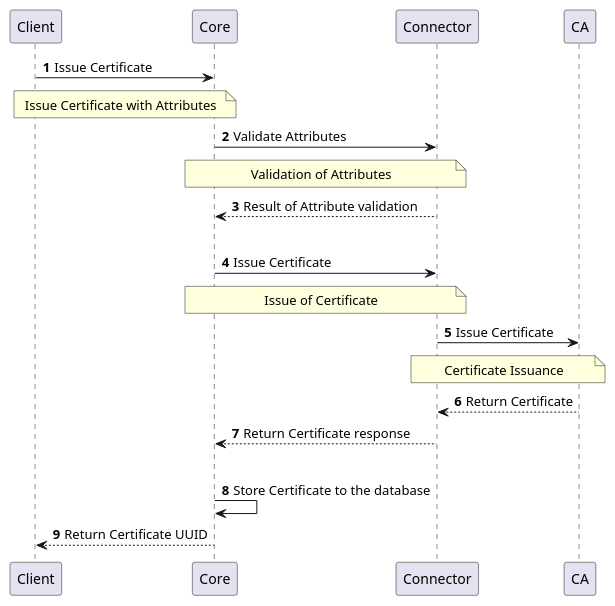
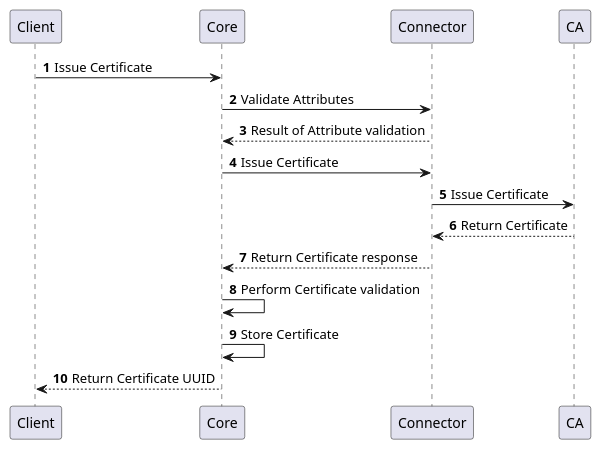
The fifth of 7 diagrams in docs/12-connectors/05-description/25-authority-provider-v2.md (CZERTAINLY/CZERTAINLY-Documentation), drawn with PlantUML before and after one commit. The commit also changed other lines of this file and 8 other files, not shown here.

First line of the commit message:
Update description of plantuml diagrams on the providers

````diff
--- a/docs/12-connectors/05-description/25-authority-provider-v2.md
+++ b/docs/12-connectors/05-description/25-authority-provider-v2.md
@@ -116,21 +97,16 @@
 ```plantuml
     @startuml
     autonumber
     skinparam topurl https://docs.czertainly.com/api/
         Client -> Core [[core-client-operations/#tag/v2-Client-Operations-API/operation/issueCertificate]]: Issue Certificate
-        note over Client,Core: Issue Certificate with Attributes
         Core -> Connector [[connector-authority-provider-v2/#tag/Certificate-Management-API/operation/validateIssueCertificateAttributes]]: Validate Attributes
-        note over Core,Connector: Validation of Attributes
         Connector --> Core: Result of Attribute validation
-        |||
         Core -> Connector [[connector-authority-provider-v2/#tag/Certificate-Management-API/operation/issueCertificate]]: Issue Certificate
-        note over Core,Connector: Issue of Certificate
         Connector -> CA: Issue Certificate
-        note over Connector,CA: Certificate Issuance
         CA --> Connector: Return Certificate
         Connector --> Core: Return Certificate response
-        |||
-        Core -> Core : Store Certificate to the database
+        Core -> Core : Perform Certificate validation
+        Core -> Core : Store Certificate
         Core --> Client: Return Certificate UUID
     @enduml
 ```
````
